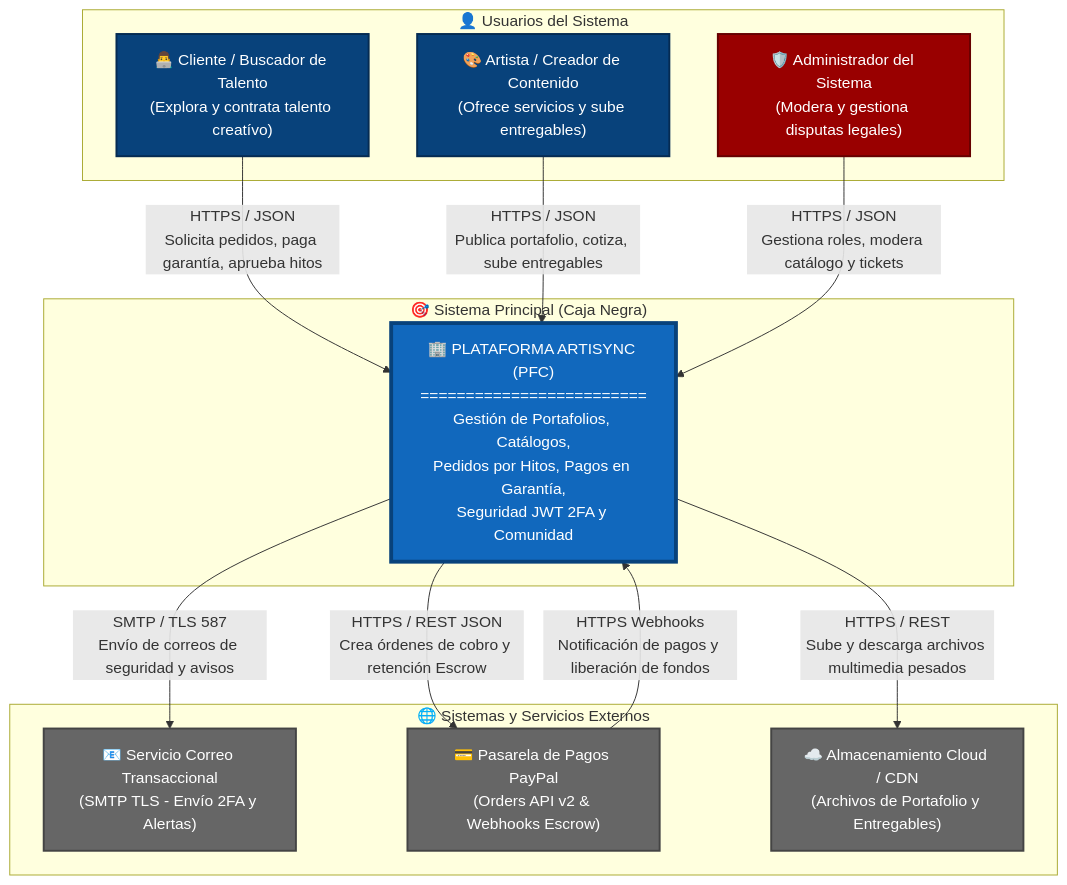
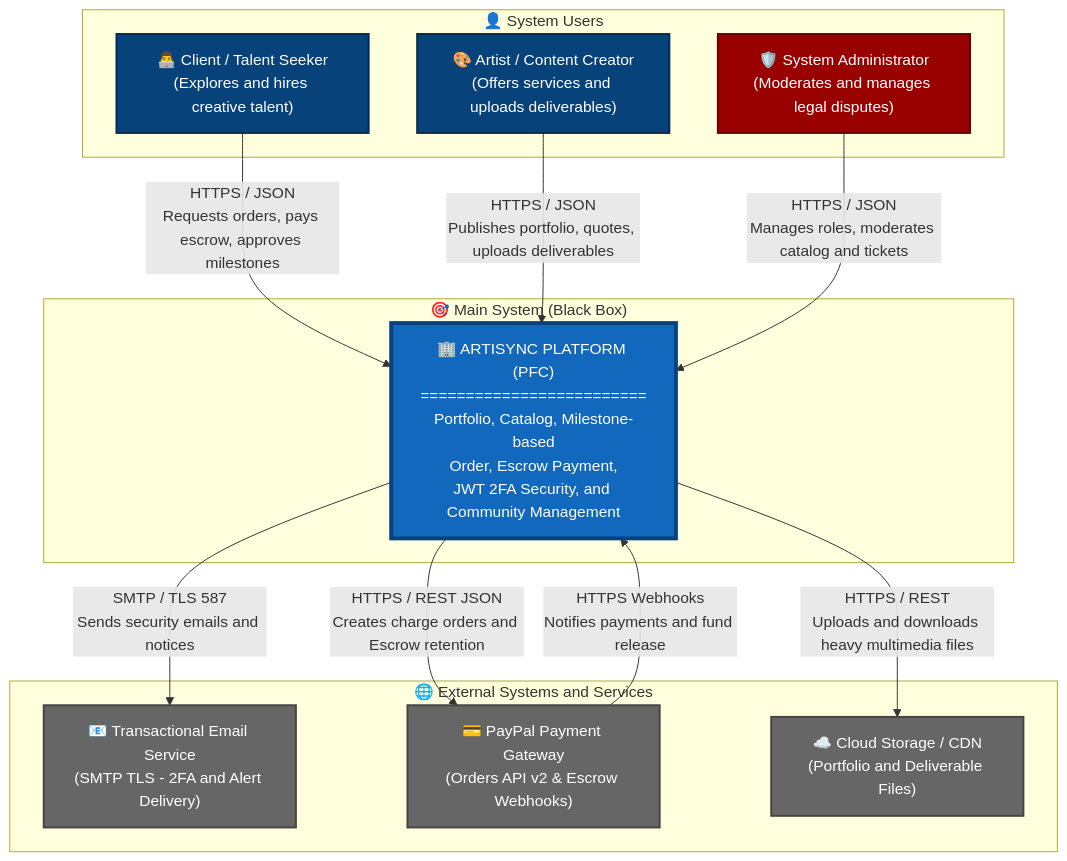
Before and after one commit to JohanCarvajal04/Proyecto-WEB-ARTISYNC: the second of 2 diagrams in docs/diagramas/C4_Nivel1_Contexto.md, drawn with Mermaid. The commit also changed 7 other files, not shown here.

First line of the commit message:
docs(diagramas): traducir a ingles ER, secuencia login, C4 y clases (E3)

````diff
--- a/docs/diagramas/C4_Nivel1_Contexto.md
+++ b/docs/diagramas/C4_Nivel1_Contexto.md
@@ -157,37 +157,37 @@
 ```mermaid
 flowchart TB
-    subgraph Actores["👤 Usuarios del Sistema"]
-        C["👨‍💻 Cliente / Buscador de Talento<br>(Explora y contrata talento creatívo)"]
-        A["🎨 Artista / Creador de Contenido<br>(Ofrece servicios y sube entregables)"]
-        ADM["🛡️ Administrador del Sistema<br>(Modera y gestiona disputas legales)"]
+    subgraph Actors["👤 System Users"]
+        C["👨‍💻 Client / Talent Seeker<br>(Explores and hires creative talent)"]
+        A["🎨 Artist / Content Creator<br>(Offers services and uploads deliverables)"]
+        ADM["🛡️ System Administrator<br>(Moderates and manages legal disputes)"]
     end
 
-    subgraph Core["🎯 Sistema Principal (Caja Negra)"]
-        SYS["🏢 PLATAFORMA ARTISYNC (PFC)<br>=========================<br>Gestión de Portafolios, Catálogos,<br>Pedidos por Hitos, Pagos en Garantía,<br>Seguridad JWT 2FA y Comunidad"]
+    subgraph Core["🎯 Main System (Black Box)"]
+        SYS["🏢 ARTISYNC PLATFORM (PFC)<br>=========================<br>Portfolio, Catalog, Milestone-based<br>Order, Escrow Payment,<br>JWT 2FA Security, and Community Management"]
     end
 
-    subgraph Externos["🌐 Sistemas y Servicios Externos"]
-        SMTP["📧 Servicio Correo Transaccional<br>(SMTP TLS - Envío 2FA y Alertas)"]
-        PAY["💳 Pasarela de Pagos PayPal<br>(Orders API v2 & Webhooks Escrow)"]
-        CLOUD["☁️ Almacenamiento Cloud / CDN<br>(Archivos de Portafolio y Entregables)"]
+    subgraph External["🌐 External Systems and Services"]
+        SMTP["📧 Transactional Email Service<br>(SMTP TLS - 2FA and Alert Delivery)"]
+        PAY["💳 PayPal Payment Gateway<br>(Orders API v2 & Escrow Webhooks)"]
+        CLOUD["☁️ Cloud Storage / CDN<br>(Portfolio and Deliverable Files)"]
     end
 
-    %% Relaciones de Entrada
-    C -- "HTTPS / JSON<br>Solicita pedidos, paga garantía, aprueba hitos" --> SYS
-    A -- "HTTPS / JSON<br>Publica portafolio, cotiza, sube entregables" --> SYS
-    ADM -- "HTTPS / JSON<br>Gestiona roles, modera catálogo y tickets" --> SYS
+    %% Inbound Relationships
+    C -- "HTTPS / JSON<br>Requests orders, pays escrow, approves milestones" --> SYS
+    A -- "HTTPS / JSON<br>Publishes portfolio, quotes, uploads deliverables" --> SYS
+    ADM -- "HTTPS / JSON<br>Manages roles, moderates catalog and tickets" --> SYS
 
-    %% Relaciones de Salida
-    SYS -- "SMTP / TLS 587<br>Envío de correos de seguridad y avisos" --> SMTP
-    SYS -- "HTTPS / REST JSON<br>Crea órdenes de cobro y retención Escrow" --> PAY
-    PAY -- "HTTPS Webhooks<br>Notificación de pagos y liberación de fondos" --> SYS
-    SYS -- "HTTPS / REST<br>Sube y descarga archivos multimedia pesados" --> CLOUD
+    %% Outbound Relationships
+    SYS -- "SMTP / TLS 587<br>Sends security emails and notices" --> SMTP
+    SYS -- "HTTPS / REST JSON<br>Creates charge orders and Escrow retention" --> PAY
+    PAY -- "HTTPS Webhooks<br>Notifies payments and fund release" --> SYS
+    SYS -- "HTTPS / REST<br>Uploads and downloads heavy multimedia files" --> CLOUD
 
     style SYS fill:#1168bd,stroke:#08427b,stroke-width:4px,color:#fff
     style C fill:#08427b,stroke:#052b52,stroke-width:2px,color:#fff
     style A fill:#08427b,stroke:#052b52,stroke-width:2px,color:#fff
     style ADM fill:#990000,stroke:#660000,stroke-width:2px,color:#fff
     style SMTP fill:#666,stroke:#444,stroke-width:2px,color:#fff
     style PAY fill:#666,stroke:#444,stroke-width:2px,color:#fff
     style CLOUD fill:#666,stroke:#444,stroke-width:2px,color:#fff
 ```
````
